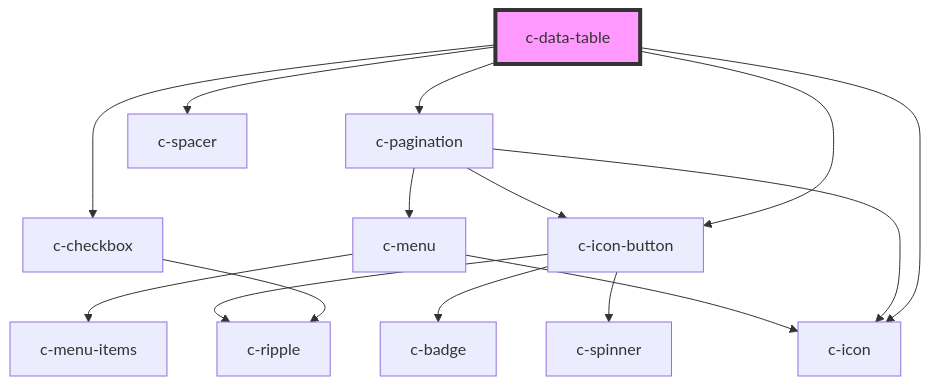
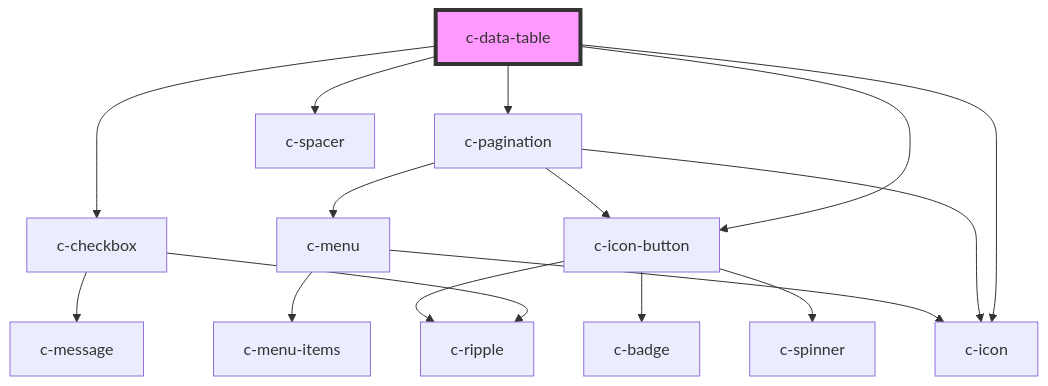
The diagram in packages/csc-ui/src/components/c-data-table/readme.md (CSCfi/ui), drawn with Mermaid before and after one commit. The commit also changed 11 other files, not shown here.

Commit message:
fix: c-checkbox & c-radio-group - Use c-message to display error and hint messages

````diff
--- a/packages/csc-ui/src/components/c-data-table/readme.md
+++ b/packages/csc-ui/src/components/c-data-table/readme.md
@@ -100,18 +100,19 @@
 ```mermaid
 graph TD;
   c-data-table --> c-checkbox
   c-data-table --> c-pagination
   c-data-table --> c-icon-button
   c-data-table --> c-icon
   c-data-table --> c-spacer
   c-checkbox --> c-ripple
+  c-checkbox --> c-message
   c-pagination --> c-menu
   c-pagination --> c-icon-button
   c-pagination --> c-icon
   c-menu --> c-menu-items
   c-menu --> c-icon
   c-icon-button --> c-badge
   c-icon-button --> c-spinner
   c-icon-button --> c-ripple
   style c-data-table fill:#f9f,stroke:#333,stroke-width:4px
 ```
````
